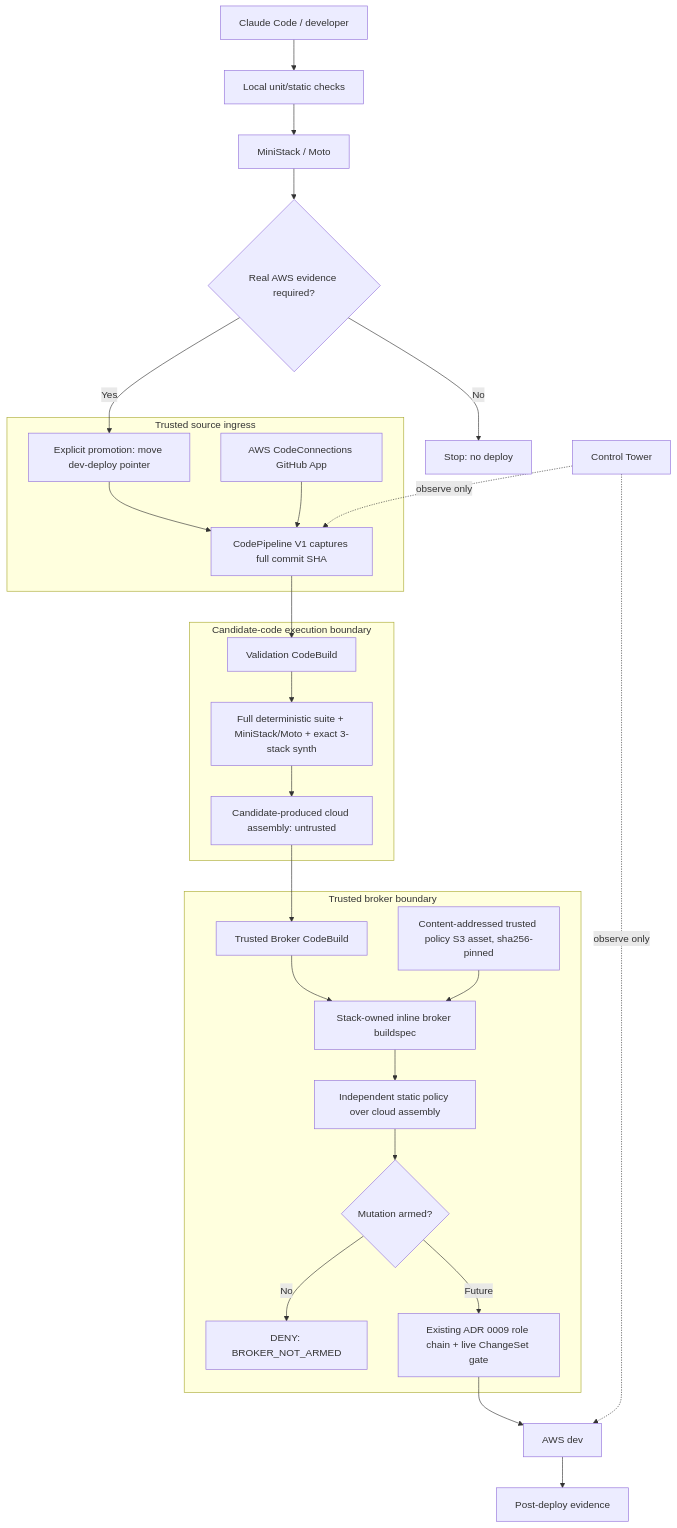
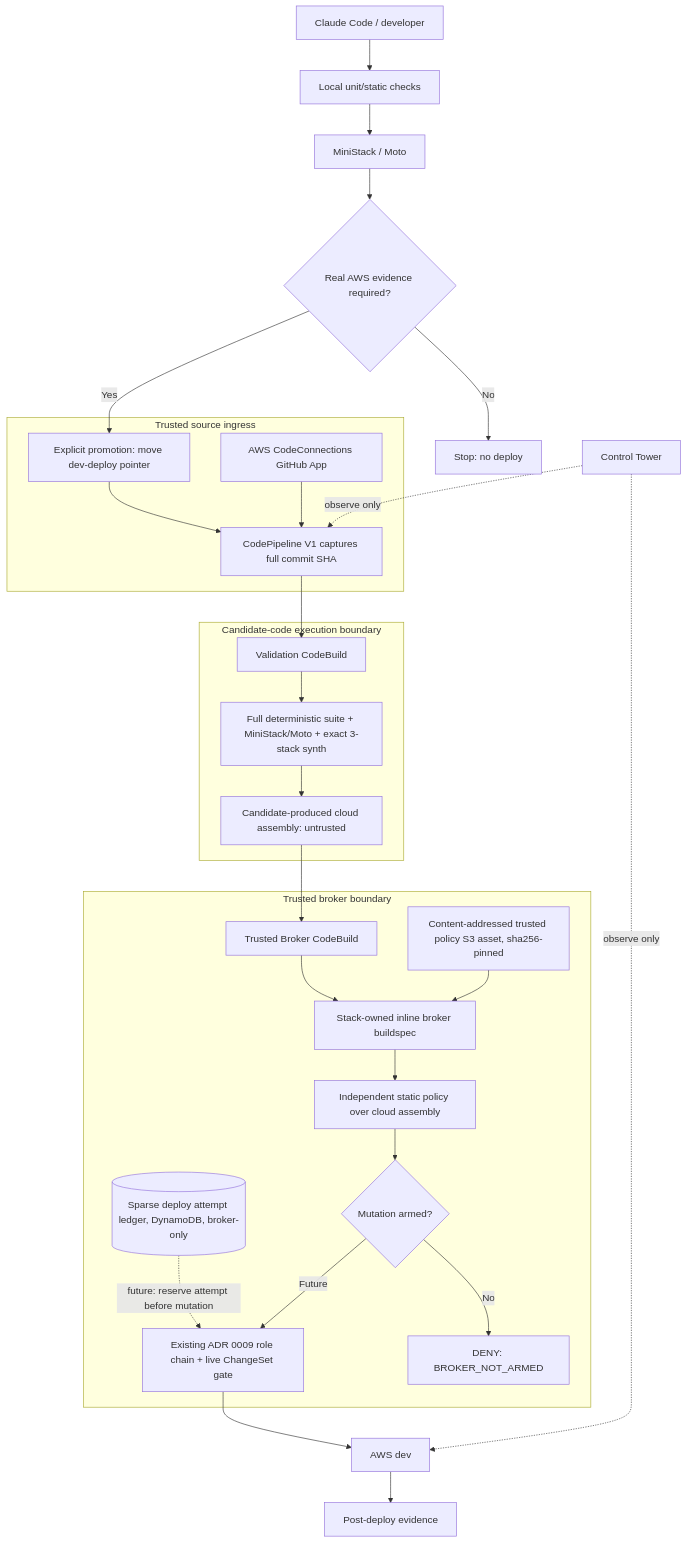
Before and after one commit to 20m61/open-reception: the diagram in docs/architecture/aws-dev-deploy-broker.md, drawn with Mermaid. The commit also changed other lines of this file and 12 other files, not shown here.

First line of the commit message:
feat(infra): dev deploy の sparse ledger を attempt 基準で実装し、broker 以外の書き込みを 3 層で拒否する

````diff
--- a/docs/architecture/aws-dev-deploy-broker.md
+++ b/docs/architecture/aws-dev-deploy-broker.md
@@ -9,35 +9,36 @@
 ```mermaid
 flowchart TD
   A[Claude Code / developer] --> B[Local unit/static checks]
   B --> C[MiniStack / Moto]
   C --> D{Real AWS evidence required?}
   D -- No --> E[Stop: no deploy]
   D -- Yes --> F[Explicit promotion: move dev-deploy pointer]
 
   subgraph TRUSTED_INGRESS[Trusted source ingress]
     F --> G[CodePipeline V1 captures full commit SHA]
     H[AWS CodeConnections GitHub App] --> G
   end
 
   subgraph UNTRUSTED[Candidate-code execution boundary]
     G --> I[Validation CodeBuild]
     I --> J[Full deterministic suite + MiniStack/Moto + exact 3-stack synth]
     J --> K[Candidate-produced cloud assembly: untrusted]
   end
 
   subgraph TRUSTED_BROKER[Trusted broker boundary]
     K --> L[Trusted Broker CodeBuild]
     L --> M[Stack-owned inline broker buildspec]
     U[Content-addressed trusted policy S3 asset, sha256-pinned] --> M
     M --> P[Independent static policy over cloud assembly]
     P --> N{Mutation armed?}
+    V[(Sparse deploy attempt ledger, DynamoDB, broker-only)] -. future: reserve attempt before mutation .-> Q
     N -- No --> O[DENY: BROKER_NOT_ARMED]
     N -- Future --> Q[Existing ADR 0009 role chain + live ChangeSet gate]
   end
 
   Q --> R[AWS dev]
   R --> S[Post-deploy evidence]
 
   T[Control Tower] -. observe only .-> G
   T -. observe only .-> R
 ```
````
